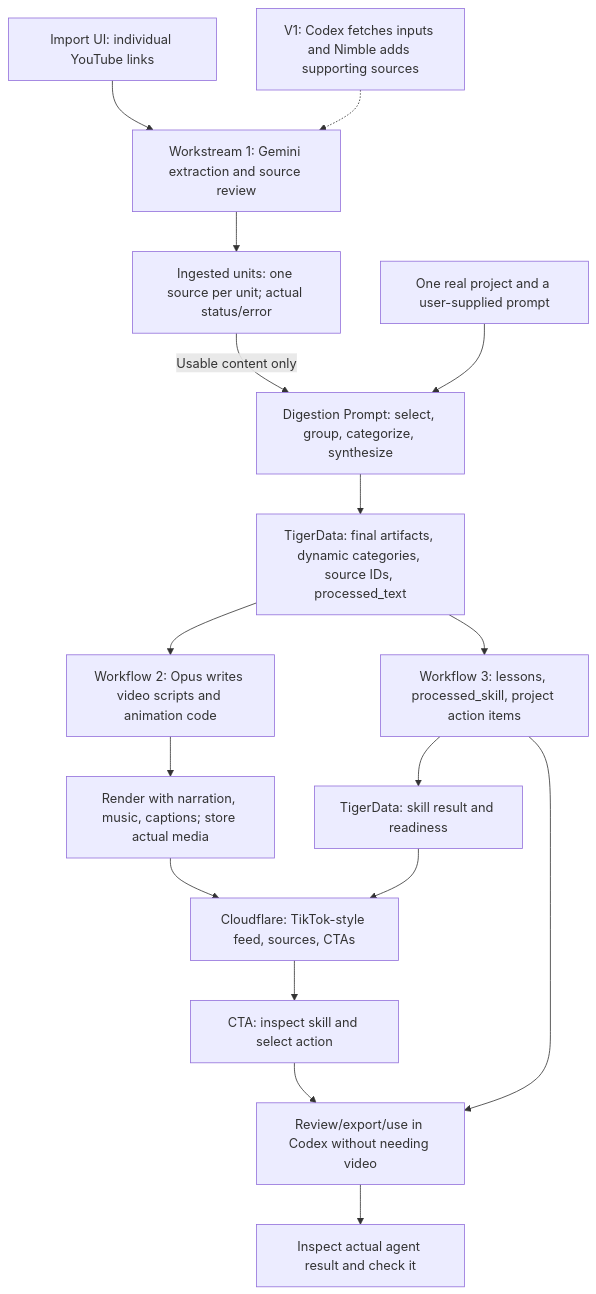
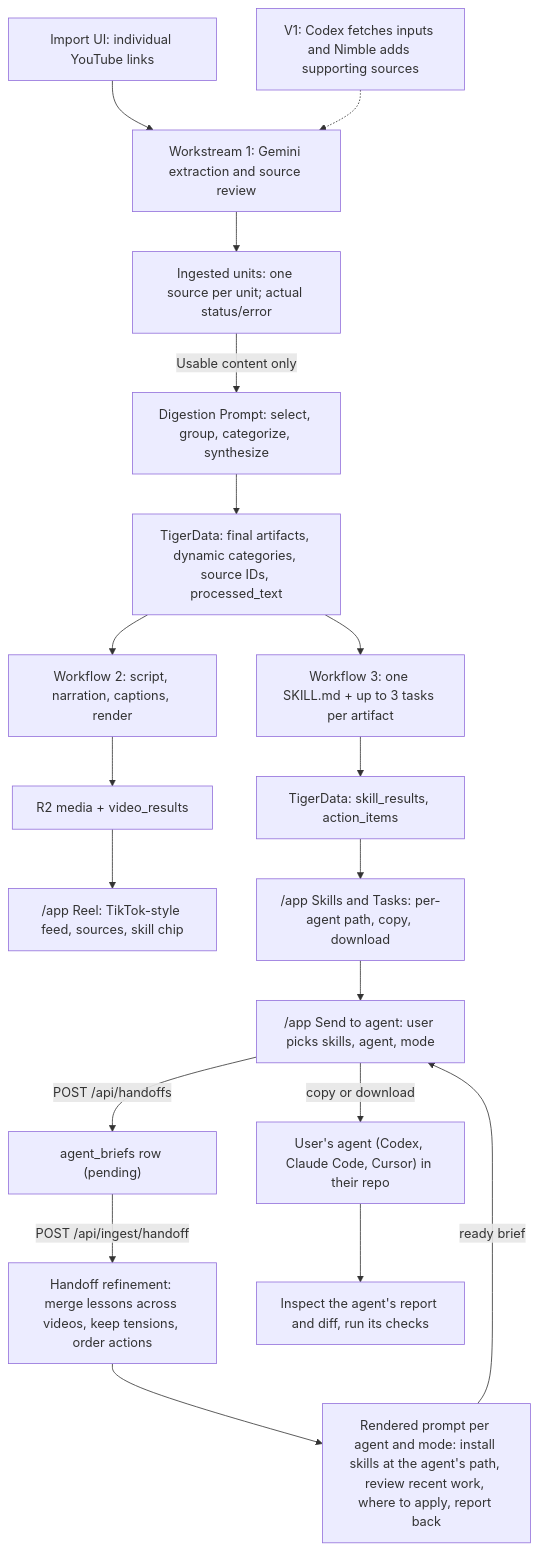
The diagram in docs/project-actions-spec.md (AnalystTom/Major-League-Hacking-Hack-), drawn with Mermaid before and after one commit. The commit also changed other lines of this file and 34 other files, not shown here.

````diff
--- a/docs/project-actions-spec.md
+++ b/docs/project-actions-spec.md
@@ -45,19 +45,21 @@
 ```mermaid
 flowchart TD
   R["Import UI: individual YouTube links"] --> I["Workstream 1: Gemini extraction and source review"]
   I --> U["Ingested units: one source per unit; actual status/error"]
   U -->|Usable content only| D["Digestion Prompt: select, group, categorize, synthesize"]
-  P["One real project and a user-supplied prompt"] --> D
   D --> T["TigerData: final artifacts, dynamic categories, source IDs, processed_text"]
-  T --> V["Workflow 2: Opus writes video scripts and animation code"]
-  V --> M["Render with narration, music, captions; store actual media"]
-  M --> F["Cloudflare: TikTok-style feed, sources, CTAs"]
-  T --> S["Workflow 3: lessons, processed_skill, project action items"]
-  S --> K["TigerData: skill result and readiness"]
-  K --> F
-  S --> X["Review/export/use in Codex without needing video"]
-  F --> C["CTA: inspect skill and select action"]
-  C --> X
-  X --> Q["Inspect actual agent result and check it"]
+  T --> V["Workflow 2: script, narration, captions, render"]
+  V --> M["R2 media + video_results"]
+  M --> F["/app Reel: TikTok-style feed, sources, skill chip"]
+  T --> S["Workflow 3: one SKILL.md + up to 3 tasks per artifact"]
+  S --> K["TigerData: skill_results, action_items"]
+  K --> SK["/app Skills and Tasks: per-agent path, copy, download"]
+  SK --> H["/app Send to agent: user picks skills, agent, mode"]
+  H -->|POST /api/handoffs| B["agent_briefs row (pending)"]
+  B -->|POST /api/ingest/handoff| HR["Handoff refinement: merge lessons across videos, keep tensions, order actions"]
+  HR --> P["Rendered prompt per agent and mode: install skills at the agent's path, review recent work, where to apply, report back"]
+  P -->|ready brief| H
+  H -->|copy or download| X["User's agent (Codex, Claude Code, Cursor) in their repo"]
+  X --> Q["Inspect the agent's report and diff, run its checks"]
   L["V1: Codex fetches inputs and Nimble adds supporting sources"] -.-> I
 ```
````
